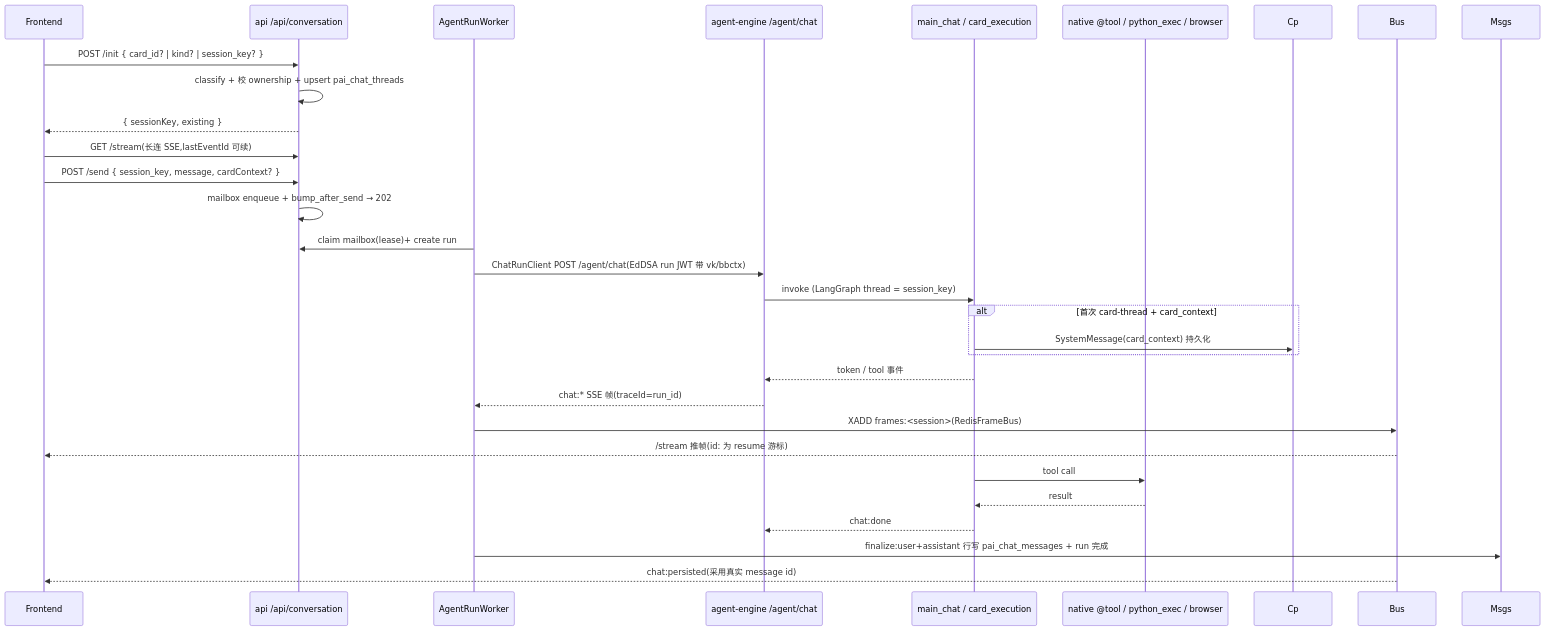
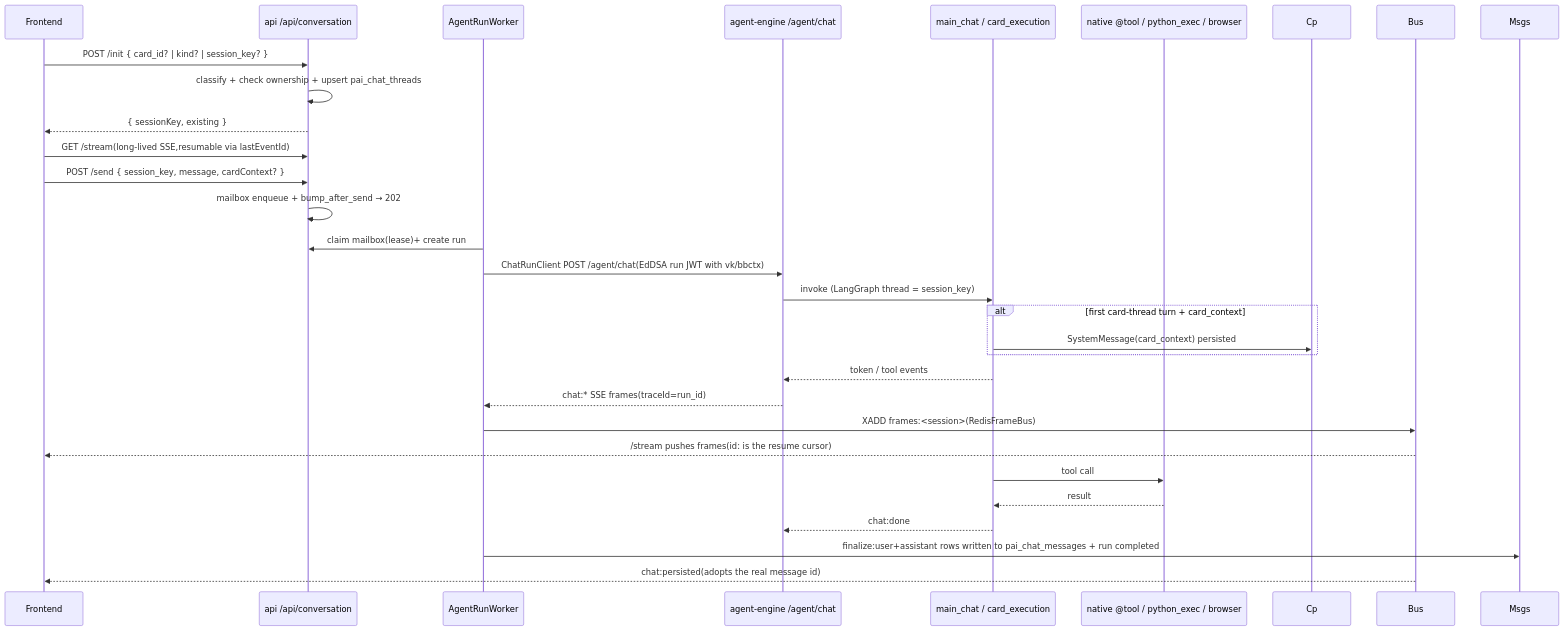
One commit to Edge-AI-HQ/proactive-assistant changed the second of 2 diagrams in docs/modules/execution.mdx. Above: the diagram before and after it, drawn with Mermaid. The commit also changed other lines of this file and 12 other files, not shown here.

````diff
--- a/docs/modules/execution.mdx
+++ b/docs/modules/execution.mdx
@@ -78,31 +78,31 @@
 ```mermaid
 sequenceDiagram
   participant FE as Frontend
   participant Web as api /api/conversation
   participant Worker as AgentRunWorker
   participant Chat as agent-engine /agent/chat
   participant Agent as main_chat / card_execution
   participant Tool as native @tool / python_exec / browser
 
   FE->>Web: POST /init { card_id? | kind? | session_key? }
-  Web->>Web: classify + 校 ownership + upsert pai_chat_threads
+  Web->>Web: classify + check ownership + upsert pai_chat_threads
   Web-->>FE: { sessionKey, existing }
-  FE->>Web: GET /stream(长连 SSE,lastEventId 可续)
+  FE->>Web: GET /stream(long-lived SSE,resumable via lastEventId)
   FE->>Web: POST /send { session_key, message, cardContext? }
   Web->>Web: mailbox enqueue + bump_after_send → 202
   Worker->>Web: claim mailbox(lease)+ create run
-  Worker->>Chat: ChatRunClient POST /agent/chat(EdDSA run JWT 带 vk/bbctx)
+  Worker->>Chat: ChatRunClient POST /agent/chat(EdDSA run JWT with vk/bbctx)
   Chat->>Agent: invoke (LangGraph thread = session_key)
-  alt 首次 card-thread + card_context
-    Agent->>Cp: SystemMessage(card_context) 持久化
+  alt first card-thread turn + card_context
+    Agent->>Cp: SystemMessage(card_context) persisted
   end
-  Agent-->>Chat: token / tool 事件
-  Chat-->>Worker: chat:* SSE 帧(traceId=run_id)
+  Agent-->>Chat: token / tool events
+  Chat-->>Worker: chat:* SSE frames(traceId=run_id)
   Worker->>Bus: XADD frames:<session>(RedisFrameBus)
-  Bus-->>FE: /stream 推帧(id: 为 resume 游标)
+  Bus-->>FE: /stream pushes frames(id: is the resume cursor)
   Agent->>Tool: tool call
   Tool-->>Agent: result
   Agent-->>Chat: chat:done
-  Worker->>Msgs: finalize:user+assistant 行写 pai_chat_messages + run 完成
-  Bus-->>FE: chat:persisted(采用真实 message id)
+  Worker->>Msgs: finalize:user+assistant rows written to pai_chat_messages + run completed
+  Bus-->>FE: chat:persisted(adopts the real message id)
 ```
````
